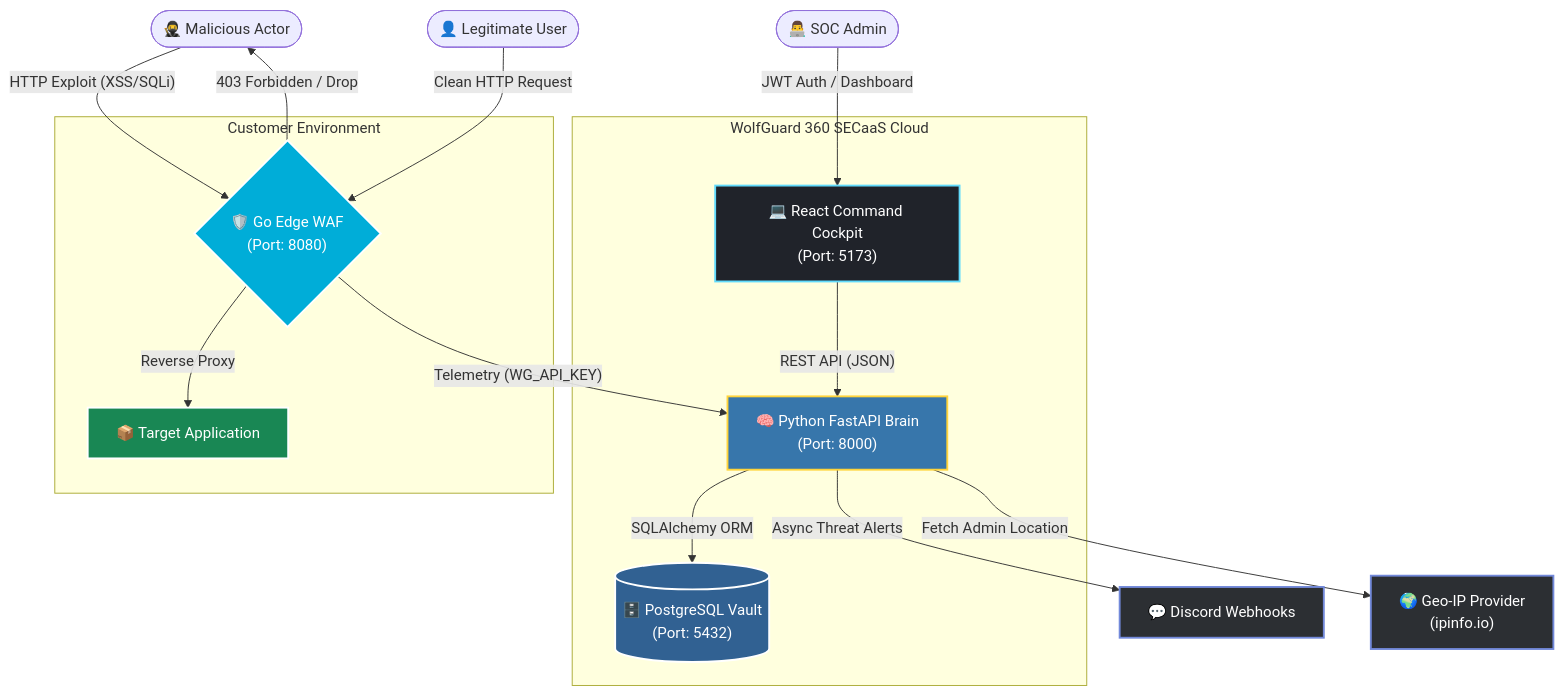
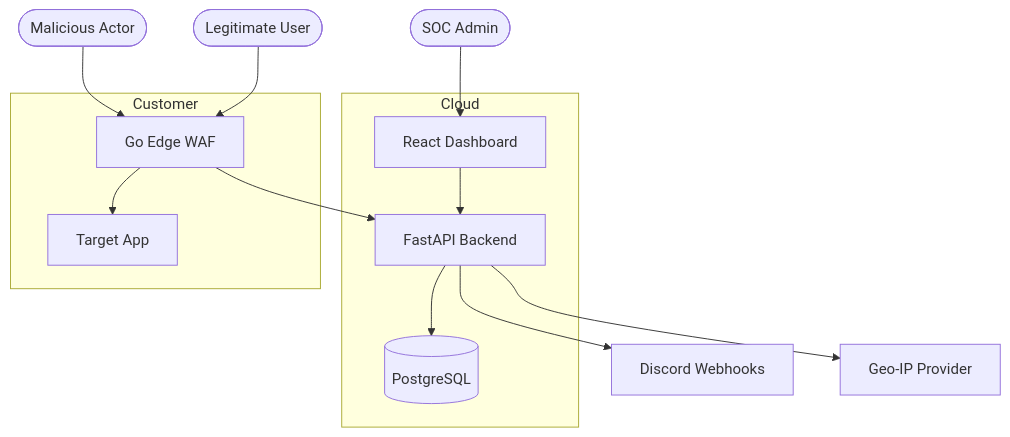
One commit to pugazh342/WolfGuard-360 changed the second of 2 diagrams in README.md. Above: the diagram before and after it, drawn with Mermaid. The commit also changed other lines of this file, not shown here.

Commit message:
Revise README for WolfGuard 360 overview and features

````diff
--- a/README.md
+++ b/README.md
@@ -91,45 +164,32 @@
- ``` mermaid
+```mermaid
 graph TD
-    %% Define Styling
-    classDef frontend fill:#20232A,stroke:#61DAFB,stroke-width:2px,color:#fff;
-    classDef backend fill:#3776AB,stroke:#FFD43B,stroke-width:2px,color:#fff;
-    classDef database fill:#316192,stroke:#fff,stroke-width:2px,color:#fff;
-    classDef waf fill:#00ADD8,stroke:#fff,stroke-width:2px,color:#fff;
-    classDef external fill:#2C2F33,stroke:#7289DA,stroke-width:2px,color:#fff;
-    classDef target fill:#198754,stroke:#fff,stroke-width:2px,color:#fff;
+    Admin([SOC Admin])
+    Attacker([Malicious Actor])
+    User([Legitimate User])
 
-    %% External Actors
-    Admin([👨‍💻 SOC Admin])
-    Attacker([🥷 Malicious Actor])
-    LegitUser([👤 Legitimate User])
-
-    %% Components
-    subgraph "WolfGuard 360 SECaaS Cloud"
-        UI["💻 React Command Cockpit<br/>(Port: 5173)"]:::frontend
-        API["🧠 Python FastAPI Brain<br/>(Port: 8000)"]:::backend
-        DB[("🗄️ PostgreSQL Vault<br/>(Port: 5432)")]:::database
+    subgraph Cloud
+        UI[React Dashboard]
+        API[FastAPI Backend]
+        DB[(PostgreSQL)]
     end
 
-    subgraph "Customer Environment"
-        WAF{"🛡️ Go Edge WAF<br/>(Port: 8080)"}:::waf
-        App["📦 Target Application"]:::target
+    subgraph Customer
+        WAF[Go Edge WAF]
+        App[Target App]
     end
 
-    %% Third Party
-    Discord["💬 Discord Webhooks"]:::external
-    GeoIP["🌍 Geo-IP Provider<br/>(ipinfo.io)"]:::external
+    Discord[Discord Webhooks]
+    GeoIP[Geo-IP Provider]
 
-    %% Connections
-    Admin -- "JWT Auth / Dashboard" --> UI
-    UI -- "REST API (JSON)" --> API
-    API -- "SQLAlchemy ORM" --> DB
-    API -- "Async Threat Alerts" --> Discord
-    API -- "Fetch Admin Location" --> GeoIP
-    
-    Attacker -- "HTTP Exploit (XSS/SQLi)" --> WAF
-    LegitUser -- "Clean HTTP Request" --> WAF
-    
-    WAF -- "403 Forbidden / Drop" --> Attacker
-    WAF -- "Reverse Proxy" --> App
-    WAF -- "Telemetry (WG_API_KEY)" --> API
+    Admin --> UI
+    UI --> API
+    API --> DB
+    API --> Discord
+    API --> GeoIP
+
+    Attacker --> WAF
+    User --> WAF
+
+    WAF --> App
+    WAF --> API
 ```
````
